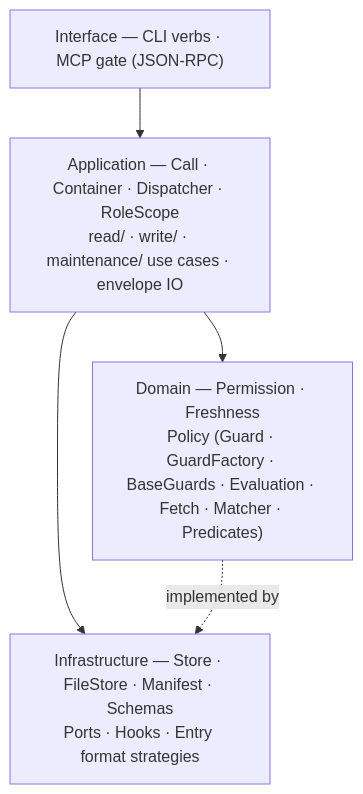
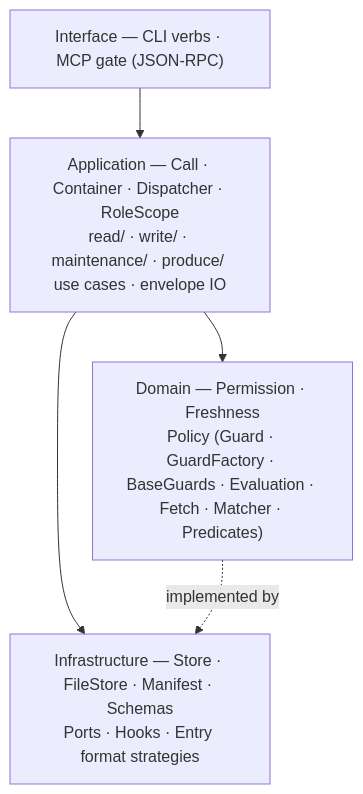
One commit to patrick204nqh/textus changed the diagram in .textus/zones/knowledge/architecture-readme.md. Above: the diagram before and after it, drawn with Mermaid. The commit also changed other lines of this file and 64 other files, not shown here.

````diff
--- a/.textus/zones/knowledge/architecture-readme.md
+++ b/.textus/zones/knowledge/architecture-readme.md
@@ -6,11 +6,11 @@
 ```mermaid
 flowchart TD
     interface["Interface — CLI verbs · MCP gate (JSON-RPC)"]
-    application["Application — Call · Container · Dispatcher · RoleScope<br/>read/ · write/ · maintenance/ use cases · envelope IO"]
+    application["Application — Call · Container · Dispatcher · RoleScope<br/>read/ · write/ · maintenance/ · produce/ use cases · envelope IO"]
     domain["Domain — Permission · Freshness<br/>Policy (Guard · GuardFactory · BaseGuards · Evaluation · Fetch · Matcher · Predicates)"]
     infra["Infrastructure — Store · FileStore · Manifest · Schemas<br/>Ports · Hooks · Entry format strategies"]
     interface --> application
     application --> domain
     application --> infra
     domain -.->|implemented by| infra
 ```
````
